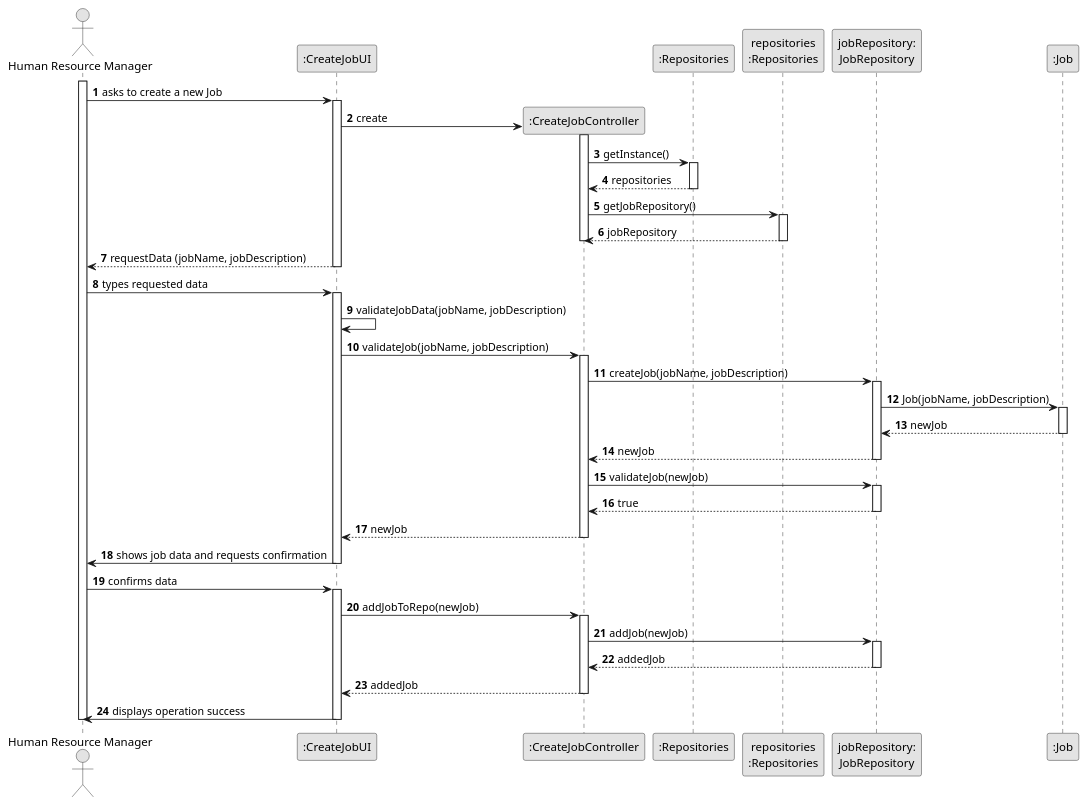
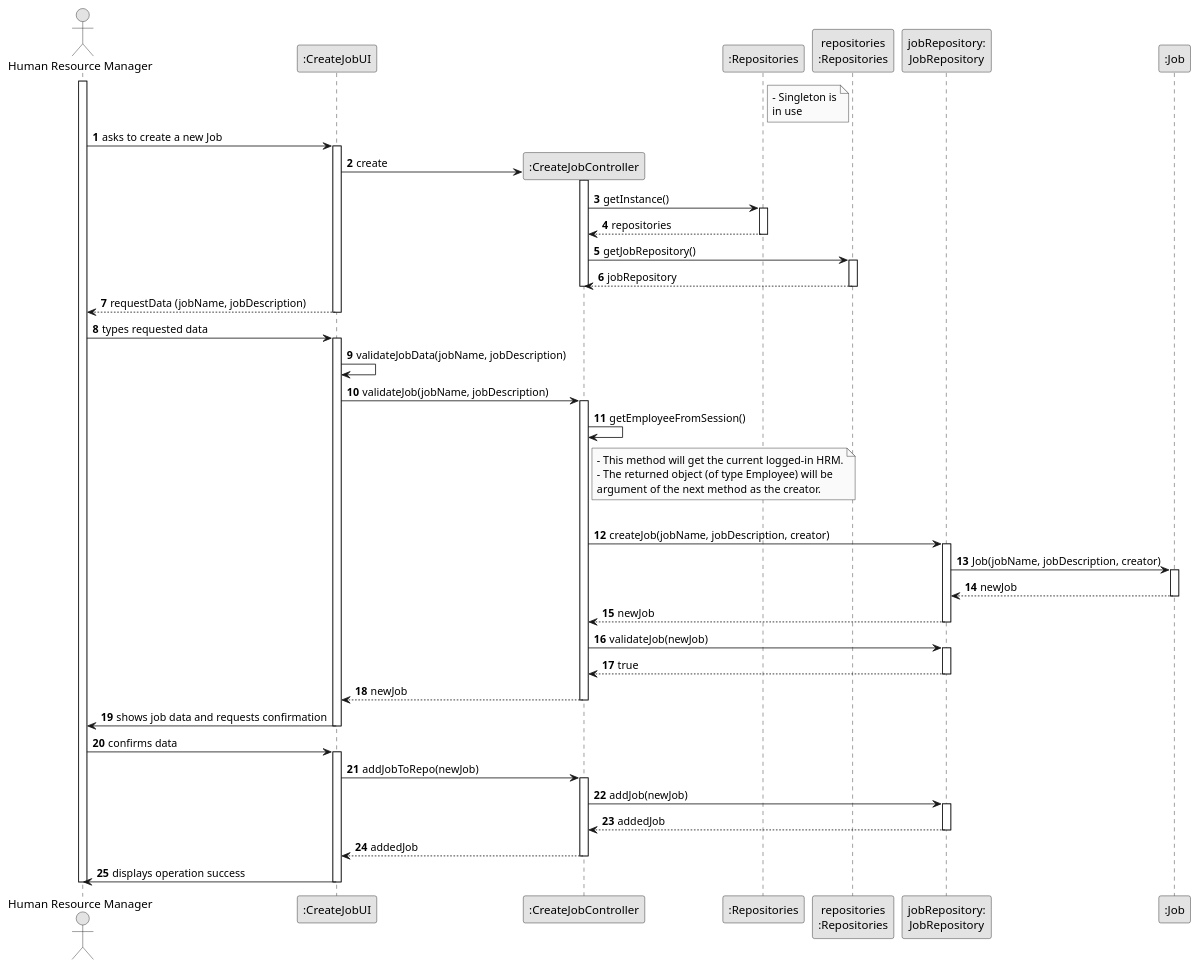
Before and after one commit to Paulo-Pereira-at-ISEP/lei-24-s2-1nanb-g321: the diagram in docs/sprintB/us02/03.design/puml/us02-sequence-diagram-full.puml, drawn with PlantUML.

Commit message:
LGGPM-117 - US02 - Design - Sequence diagram update

```diff
--- a/docs/sprintB/us02/03.design/puml/us02-sequence-diagram-full.puml
+++ b/docs/sprintB/us02/03.design/puml/us02-sequence-diagram-full.puml
@@ -1,123 +1,146 @@
 @startuml
 skinparam monochrome true
 skinparam packageStyle rectangle
 skinparam shadowing false
 
 autonumber
 
 'hide footbox
 
 actor "Human Resource Manager" as HRM
 participant ":CreateJobUI" as UI
 participant ":CreateJobController" as CTRL
 participant ":Repositories" as REPO_SINGLETON
+
+
+
 participant "repositories\n:Repositories" as GEN_REPO_INSTANCE
+
+
 participant "jobRepository:\nJobRepository" as JOB_REPO_INSTANCE
 participant ":Job" as JOB
 'participant ":HRManager" as MNGR
+
+
+note right of REPO_SINGLETON
+    - Singleton is
+    in use
+end note
+
+
 
 activate HRM
 
         HRM -> UI : asks to create a new Job
 
         activate UI
             'create CTRL
             UI -> CTRL** : create
 
             activate CTRL
 
                 CTRL -> REPO_SINGLETON : getInstance()
 
                 activate REPO_SINGLETON
 
                     REPO_SINGLETON --> CTRL : repositories
 
                 deactivate REPO_SINGLETON
 
                 CTRL -> GEN_REPO_INSTANCE : getJobRepository()
 
                 activate GEN_REPO_INSTANCE
 
                     GEN_REPO_INSTANCE --> CTRL : jobRepository
 
                 deactivate GEN_REPO_INSTANCE
 
             deactivate CTRL
 
 
             'requests the HRM to input data
             UI --> HRM : requestData (jobName, jobDescription)
         deactivate UI
 
         HRM -> UI : types requested data
 
         activate UI
 
             UI -> UI : validateJobData(jobName, jobDescription)
 
+
+
             UI -> CTRL : validateJob(jobName, jobDescription)
             activate CTRL
 
+                CTRL -> CTRL : getEmployeeFromSession()
+                note right of CTRL
+                    - This method will get the current logged-in HRM.
+                    - The returned object (of type Employee) will be
+                    argument of the next method as the creator.
+                end note
 
-                CTRL -> JOB_REPO_INSTANCE : createJob(jobName, jobDescription)
+                |||
+
+                CTRL -> JOB_REPO_INSTANCE : createJob(jobName, jobDescription, creator)
 
                 activate JOB_REPO_INSTANCE
 
-                    JOB_REPO_INSTANCE -> JOB : Job(jobName, jobDescription)
+                    JOB_REPO_INSTANCE -> JOB : Job(jobName, jobDescription, creator)
 
                     activate JOB
 
                         JOB --> JOB_REPO_INSTANCE : newJob
 
                     deactivate JOB
 
                     JOB_REPO_INSTANCE --> CTRL : newJob
 
                 deactivate JOB_REPO_INSTANCE
 
                 CTRL -> JOB_REPO_INSTANCE : validateJob(newJob)
 
                 activate JOB_REPO_INSTANCE
 
                     JOB_REPO_INSTANCE --> CTRL : true
 
                 deactivate JOB_REPO_INSTANCE
 
             CTRL --> UI : newJob
 
             deactivate CTRL
 
                 UI -> HRM : shows job data and requests confirmation
 
 
 
         deactivate UI
 
 
     HRM -> UI : confirms data
     activate UI
 
         UI -> CTRL : addJobToRepo(newJob)
 
         activate CTRL
 
 
             CTRL -> JOB_REPO_INSTANCE : addJob(newJob)
 
             activate JOB_REPO_INSTANCE
 
                 JOB_REPO_INSTANCE --> CTRL : addedJob
 
             deactivate JOB_REPO_INSTANCE
 
             CTRL --> UI : addedJob
 
         deactivate CTRL
 
         UI -> HRM : displays operation success
 
     deactivate UI
 
 deactivate HRM
 
 @enduml
```
